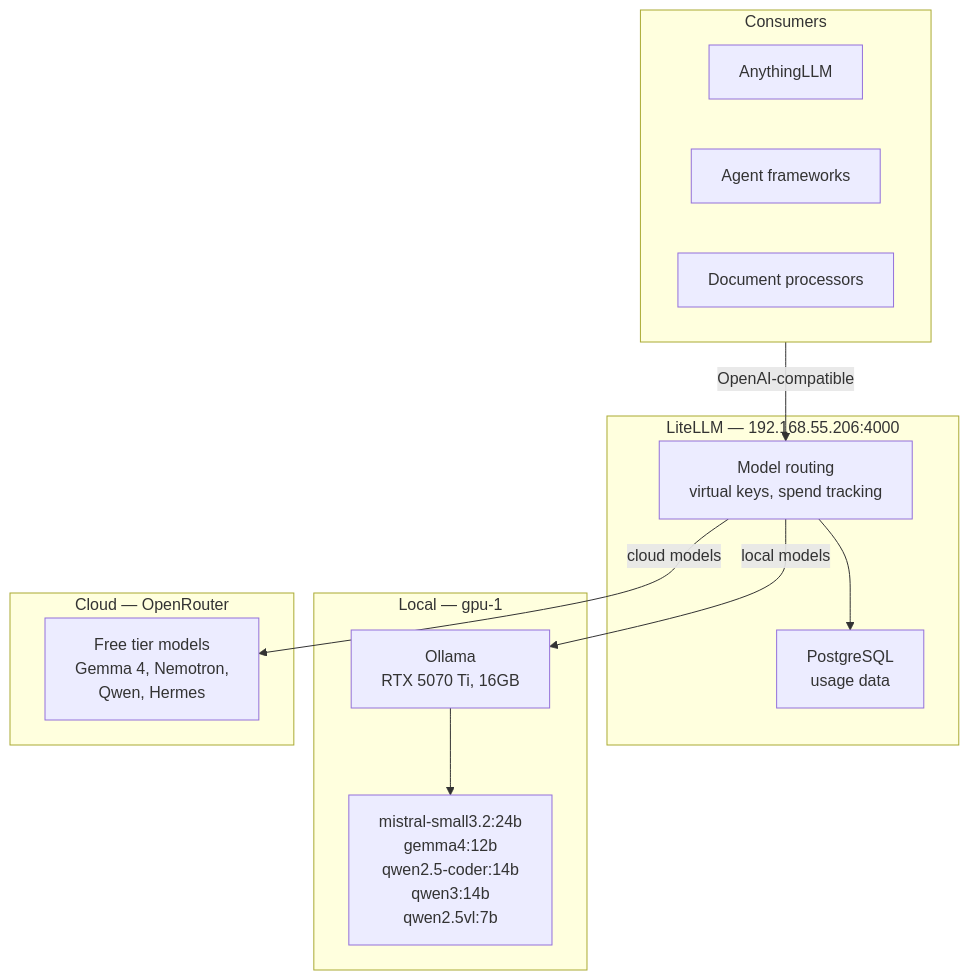
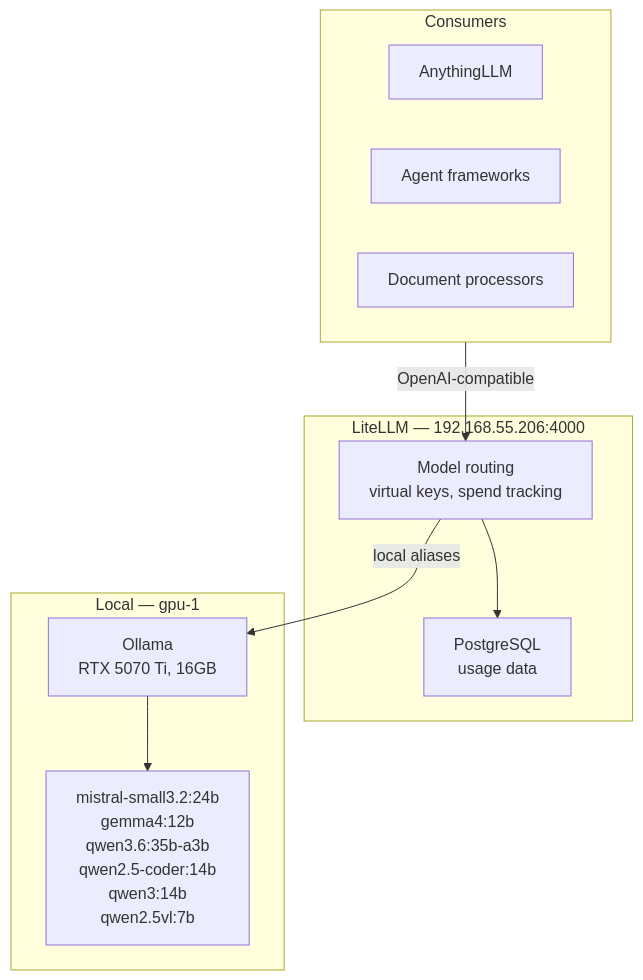
Before and after one commit to derio-net/frank: the diagram in blog/content/docs/building/10-local-inference/index.md, drawn with Mermaid. The commit also changed other lines of this file and 2 other files, not shown here.

````diff
--- a/blog/content/docs/building/10-local-inference/index.md
+++ b/blog/content/docs/building/10-local-inference/index.md
@@ -19,25 +21,21 @@
 ```mermaid
 flowchart TD
   subgraph Consumers[Consumers]
     AGI[AnythingLLM]
     Agent[Agent frameworks]
     Doc[Document processors]
   end
   subgraph Gateway[LiteLLM — 192.168.55.206:4000]
     Router[Model routing<br/>virtual keys, spend tracking]
     PG[PostgreSQL<br/>usage data]
   end
   subgraph Local[Local — gpu-1]
     Ollama[Ollama<br/>RTX 5070 Ti, 16GB]
-    Models[mistral-small3.2:24b<br/>gemma4:12b<br/>qwen2.5-coder:14b<br/>qwen3:14b<br/>qwen2.5vl:7b]
-  end
-  subgraph Cloud[Cloud — OpenRouter]
-    Free[Free tier models<br/>Gemma 4, Nemotron,<br/>Qwen, Hermes]
+    Models[mistral-small3.2:24b<br/>gemma4:12b<br/>qwen3.6:35b-a3b<br/>qwen2.5-coder:14b<br/>qwen3:14b<br/>qwen2.5vl:7b]
   end
 
   Consumers -->|OpenAI-compatible| Router
-  Router -->|local models| Ollama
-  Router -->|cloud models| Free
+  Router -->|local aliases| Ollama
   Ollama --> Models
   Router --> PG
 ```
````
